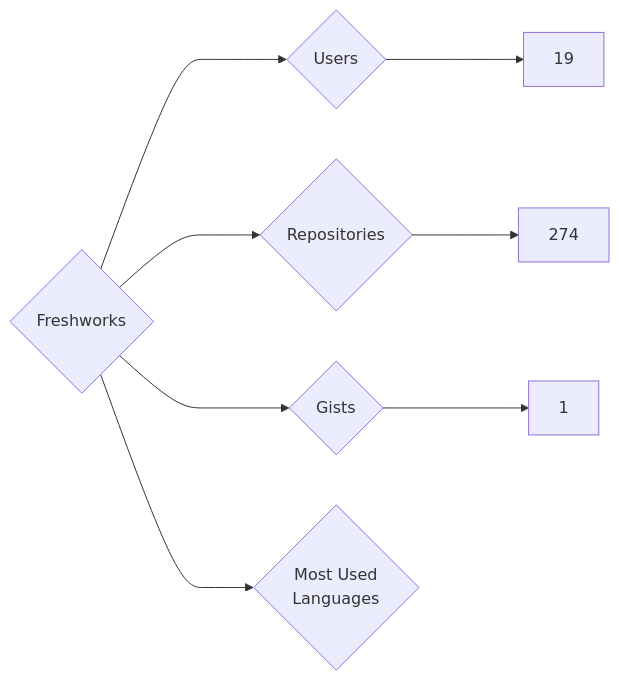
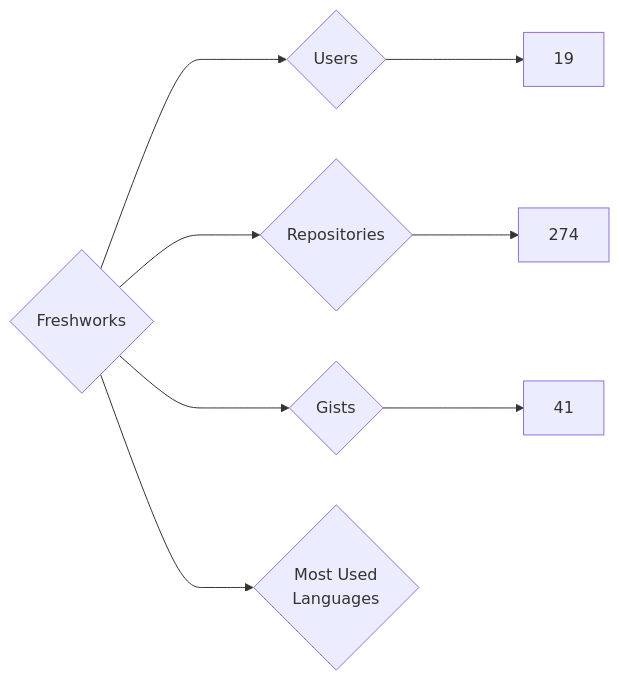
Before and after one commit to nenadzaric/insiders: the diagram in targets/Freshworks/README.md, drawn with Mermaid. The commit also changed 1342 other files, not shown here.

````diff
--- a/targets/Freshworks/README.md
+++ b/targets/Freshworks/README.md
@@ -3,8 +3,8 @@
 ```mermaid
 graph LR
 COMPANY_NAME{Freshworks}
 COMPANY_NAME ---> U{Users} ---> UN[19]
 COMPANY_NAME ---> R{Repositories} ---> RN[274]
-COMPANY_NAME ---> G{Gists} ---> GN[1]
+COMPANY_NAME ---> G{Gists} ---> GN[41]
 COMPANY_NAME ---> ML{Most Used<br>Languages}
 ```
````
